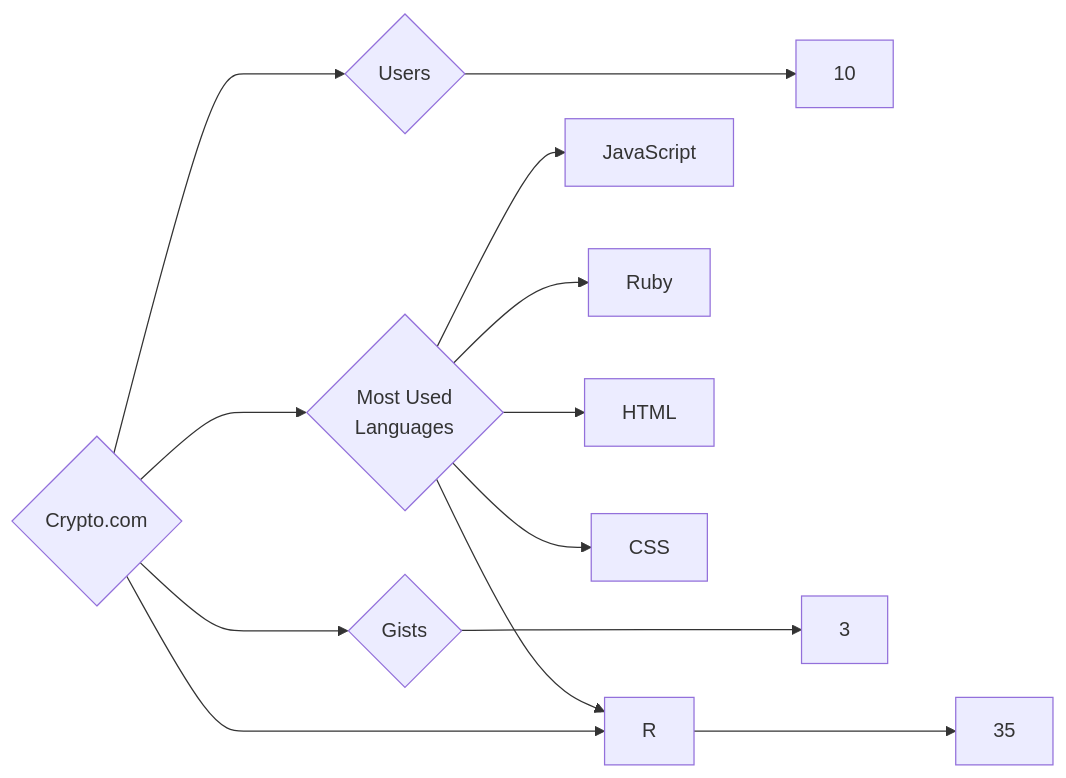
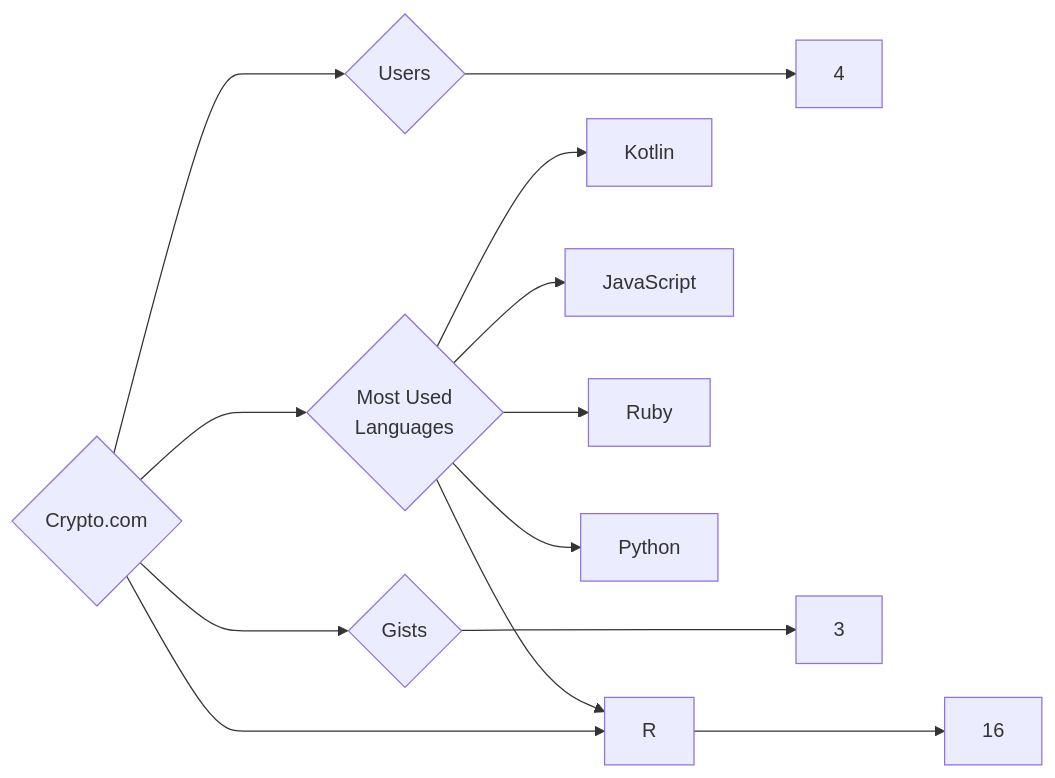
Before and after one commit to trickest/insiders: the diagram in targets/Crypto.com/README.md, drawn with Mermaid. The commit also changed 1148 other files, not shown here.

````diff
--- a/targets/Crypto.com/README.md
+++ b/targets/Crypto.com/README.md
@@ -3,13 +3,13 @@
 ```mermaid
 graph LR
 COMPANY_NAME{Crypto.com}
-COMPANY_NAME ---> U{Users} ---> UN[10]
-COMPANY_NAME ---> R{Repositories} ---> RN[35]
+COMPANY_NAME ---> U{Users} ---> UN[4]
+COMPANY_NAME ---> R{Repositories} ---> RN[16]
 COMPANY_NAME ---> G{Gists} ---> GN[3]
 COMPANY_NAME ---> ML{Most Used<br>Languages}
+ML --> Kotlin[Kotlin]
 ML --> JavaScript[JavaScript]
+ML --> R[R]
 ML --> Ruby[Ruby]
-ML --> HTML[HTML]
-ML --> CSS[CSS]
-ML --> R[R]
+ML --> Python[Python]
 ```
````
